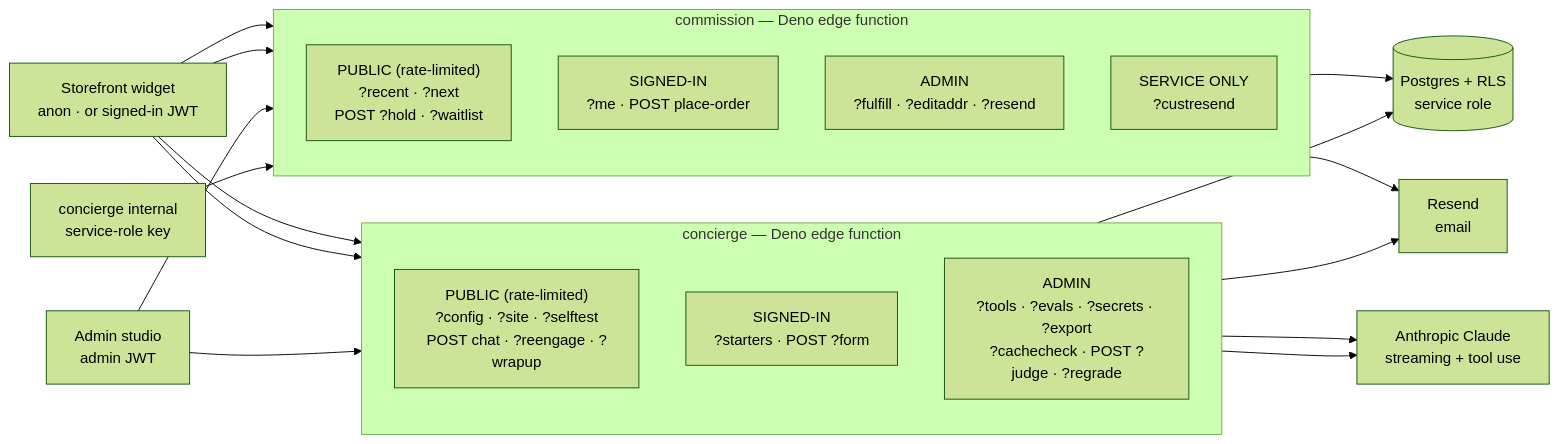
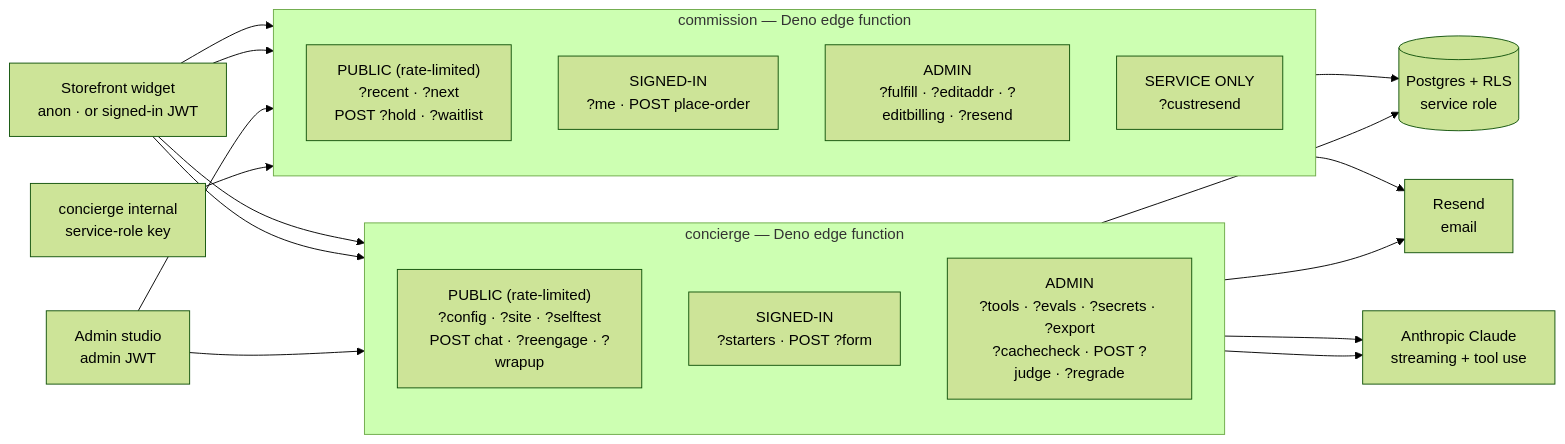
The second of 3 diagrams in supabase/SCHEMA.md (Maniwar/Blanket), drawn with Mermaid (forest theme) before and after one commit. The commit also changed other lines of this file and 1 other file, not shown here.

Commit message:
Docs: house-notes management, bulk note ops, editable billing, consolidated drawer
DESIGN: merchant stories for the House notes view (all directives + statuses +
find-the-chat), bulk add/resolve/reopen/delete, the consolidated order drawer, and
editable order billing; §4.13 gains a Management & follow-up paragraph (audit-link
recovery via concierge_actions, bulk). SCHEMA: ?editbilling endpoint row + admin
node in the flow diagram.

Claude-Session: https://claude.ai/code/session_01948bdGBFtLcsmLXVLeUTfW

````diff
--- a/supabase/SCHEMA.md
+++ b/supabase/SCHEMA.md
@@ -499,40 +499,40 @@
 ```mermaid
 flowchart LR
   A["Storefront widget<br/>anon · or signed-in JWT"]
   B["Admin studio<br/>admin JWT"]
   I["concierge internal<br/>service-role key"]
 
   subgraph CONCIERGE["concierge — Deno edge function"]
     direction TB
     CP["PUBLIC (rate-limited)<br/>?config · ?site · ?selftest<br/>POST chat · ?reengage · ?wrapup"]
     CU["SIGNED-IN<br/>?starters · POST ?form"]
     CA["ADMIN<br/>?tools · ?evals · ?secrets · ?export<br/>?cachecheck · POST ?judge · ?regrade"]
   end
 
   subgraph COMMISSION["commission — Deno edge function"]
     direction TB
     MP["PUBLIC (rate-limited)<br/>?recent · ?next<br/>POST ?hold · ?waitlist"]
     MU["SIGNED-IN<br/>?me · POST place-order"]
-    MA["ADMIN<br/>?fulfill · ?editaddr · ?resend"]
+    MA["ADMIN<br/>?fulfill · ?editaddr · ?editbilling · ?resend"]
     MS["SERVICE ONLY<br/>?custresend"]
   end
 
   ANT["Anthropic Claude<br/>streaming + tool use"]
   PG[("Postgres + RLS<br/>service role")]
   RS["Resend<br/>email"]
 
   A --> CP
   A --> CU
   B --> CA
   A --> MP
   A --> MU
   B --> MA
   I --> MS
 
   CP --> ANT
   CA --> ANT
   CONCIERGE --> PG
   COMMISSION --> PG
   COMMISSION --> RS
   CP --> RS
 ```
````
